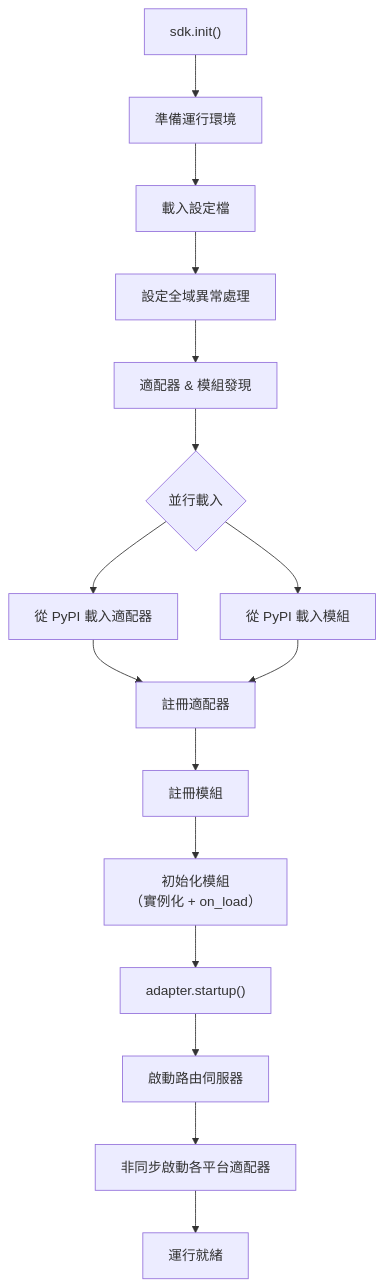
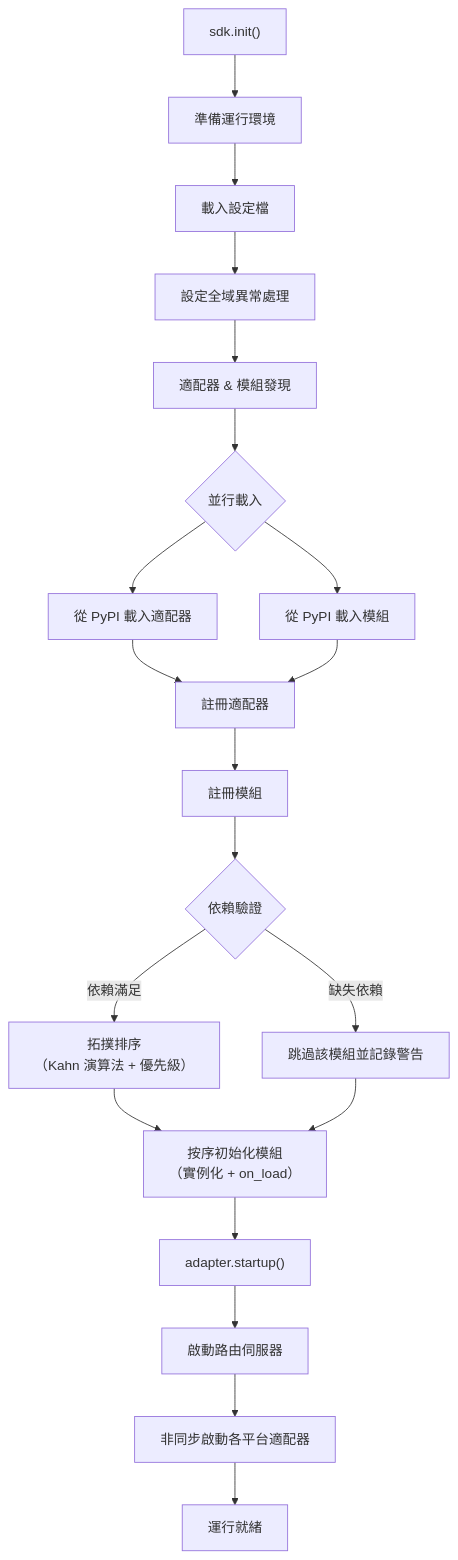
The second of 5 diagrams in docs/zh-TW/ai-support/prompts/ErisPulse-Full.md (ErisPulse/ErisPulse), drawn with Mermaid before and after one commit. The commit also changed other lines of this file and 62 other files, not shown here.

````diff
--- a/docs/zh-TW/ai-support/prompts/ErisPulse-Full.md
+++ b/docs/zh-TW/ai-support/prompts/ErisPulse-Full.md
@@ -105,17 +108,21 @@
 ```mermaid
 flowchart TD
     A["sdk.init()"] --> B["準備運行環境"]
     B --> B1["載入設定檔"]
     B1 --> B2["設定全域異常處理"]
     B2 --> C["適配器 & 模組發現"]
     C --> D{"並行載入"}
     D --> D1["從 PyPI 載入適配器"]
     D --> D2["從 PyPI 載入模組"]
     D1 & D2 --> E["註冊適配器"]
     E --> F["註冊模組"]
-    F --> G["初始化模組<br/>（實例化 + on_load）"]
+    F --> F1{"依賴驗證"}
+    F1 -->|"缺失依賴"| F2["跳過該模組並記錄警告"]
+    F1 -->|"依賴滿足"| F3["拓撲排序<br/>（Kahn 演算法 + 優先級）"]
+    F3 --> G["按序初始化模組<br/>（實例化 + on_load）"]
+    F2 --> G
     G --> H["adapter.startup()"]
     H --> I["啟動路由伺服器"]
     I --> J["非同步啟動各平台適配器"]
     J --> K["運行就緒"]
 ```
````
